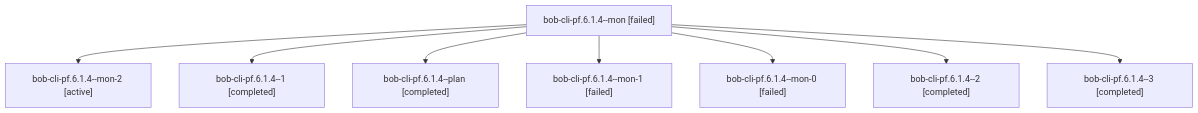
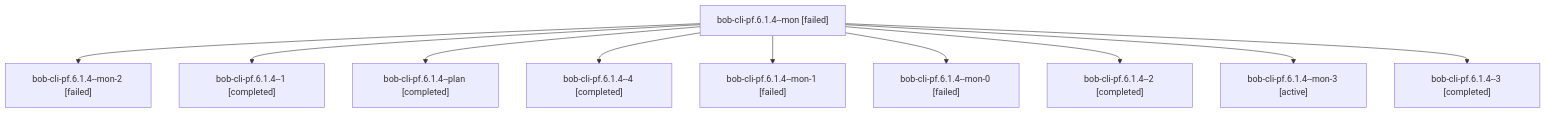
The diagram in sessions/bbugyi200.apollo.bob-cli-pf.6.1.4.md (bobs-org/bob-cli--agents), drawn with Mermaid before and after one commit. The commit also changed other lines of this file and 165 other files, not shown here.

````diff
--- a/sessions/bbugyi200.apollo.bob-cli-pf.6.1.4.md
+++ b/sessions/bbugyi200.apollo.bob-cli-pf.6.1.4.md
@@ -9,18 +9,22 @@
 ```mermaid
 flowchart TD
   n0["bob-cli-pf.6.1.4--mon [failed]"]
-  n1["bob-cli-pf.6.1.4--mon-2 [active]"]
+  n1["bob-cli-pf.6.1.4--mon-2 [failed]"]
   n0 --> n1
   n2["bob-cli-pf.6.1.4--1 [completed]"]
   n0 --> n2
   n3["bob-cli-pf.6.1.4--plan [completed]"]
   n0 --> n3
-  n4["bob-cli-pf.6.1.4--mon-1 [failed]"]
+  n4["bob-cli-pf.6.1.4--4 [completed]"]
   n0 --> n4
-  n5["bob-cli-pf.6.1.4--mon-0 [failed]"]
+  n5["bob-cli-pf.6.1.4--mon-1 [failed]"]
   n0 --> n5
-  n6["bob-cli-pf.6.1.4--2 [completed]"]
+  n6["bob-cli-pf.6.1.4--mon-0 [failed]"]
   n0 --> n6
-  n7["bob-cli-pf.6.1.4--3 [completed]"]
+  n7["bob-cli-pf.6.1.4--2 [completed]"]
   n0 --> n7
+  n8["bob-cli-pf.6.1.4--mon-3 [active]"]
+  n0 --> n8
+  n9["bob-cli-pf.6.1.4--3 [completed]"]
+  n0 --> n9
 ```
````
